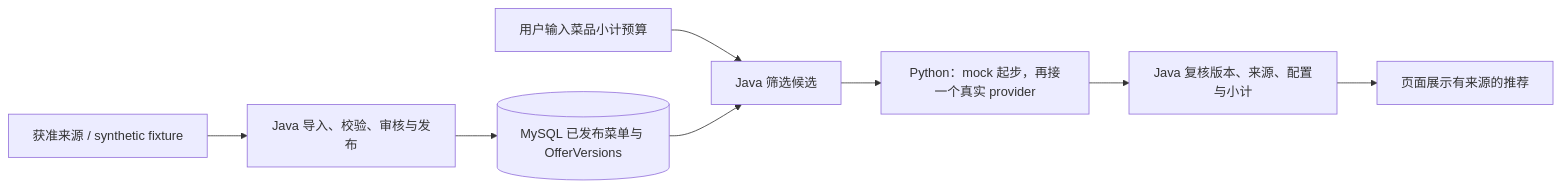
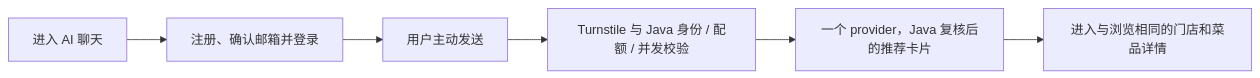
Before and after one commit to kurin0u0/Large-Lunch-Model: the third of 3 diagrams in README.md, drawn with Mermaid. The commit also changed other lines of this file and 6 other files, not shown here.

````diff
--- a/README.md
+++ b/README.md
@@ -47,10 +62,8 @@
 ```mermaid
 flowchart LR
-    source["获准来源 / synthetic fixture"] --> draft["Java 导入、校验、审核与发布"]
-    draft --> catalog[("MySQL 已发布菜单与 OfferVersions")]
-    user["用户输入菜品小计预算"] --> java["Java 筛选候选"]
-    catalog --> java
-    java --> ai["Python：mock 起步，再接一个真实 provider"]
-    ai --> verify["Java 复核版本、来源、配置与小计"]
-    verify --> page["页面展示有来源的推荐"]
+    chat["进入 AI 聊天"] --> login["注册、确认邮箱并登录"]
+    login --> send["用户主动发送"]
+    send --> gate["Turnstile 与 Java 身份 / 配额 / 并发校验"]
+    gate --> model["一个 provider，Java 复核后的推荐卡片"]
+    model --> detail["进入与浏览相同的门店和菜品详情"]
 ```
````
